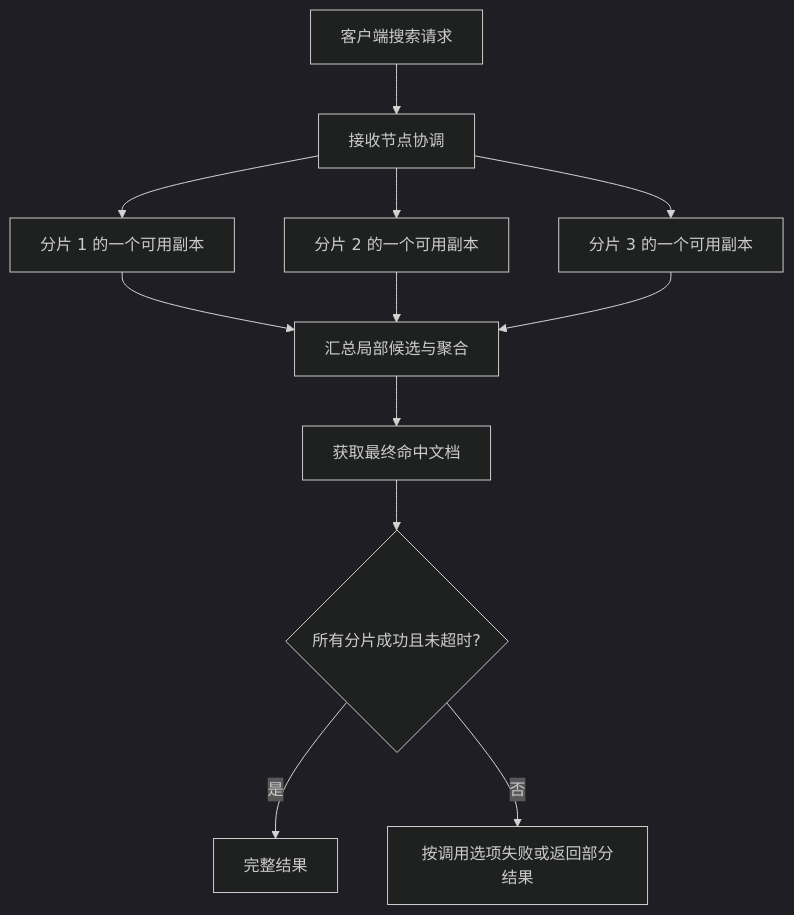
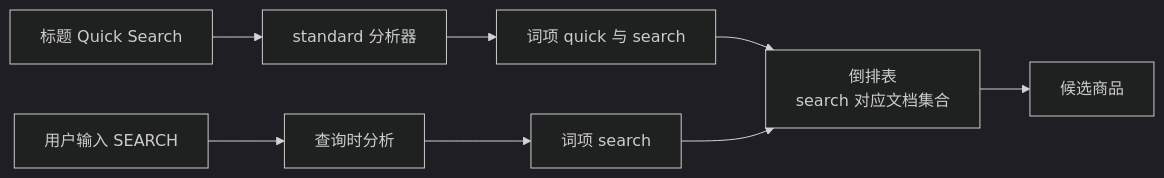
Before and after one commit to brinnatt/kubeauto: the third of 9 diagrams in docs/middleware/elasticsearch/technical-whitepaper.md, drawn with Mermaid (dark theme). The commit also changed other lines of this file and 9 other files, not shown here.

````diff
--- a/docs/middleware/elasticsearch/technical-whitepaper.md
+++ b/docs/middleware/elasticsearch/technical-whitepaper.md
@@ -50,14 +93,10 @@
 ```mermaid
-flowchart TD
-    A[客户端搜索请求] --> C[接收节点协调]
-    C --> S1[分片 1 的一个可用副本]
-    C --> S2[分片 2 的一个可用副本]
-    C --> S3[分片 3 的一个可用副本]
-    S1 --> M[汇总局部候选与聚合]
-    S2 --> M
-    S3 --> M
-    M --> F[获取最终命中文档]
-    F --> V{所有分片成功且未超时?}
-    V -->|是| R[完整结果]
-    V -->|否| E[按调用选项失败或返回部分结果]
+flowchart LR
+    T[标题 Quick Search] --> A[standard 分析器]
+    A --> Q[词项 quick 与 search]
+    Q --> I[倒排表<br/>search 对应文档集合]
+    U[用户输入 SEARCH] --> B[查询时分析]
+    B --> V[词项 search]
+    V --> I
+    I --> H[候选商品]
 ```
````
